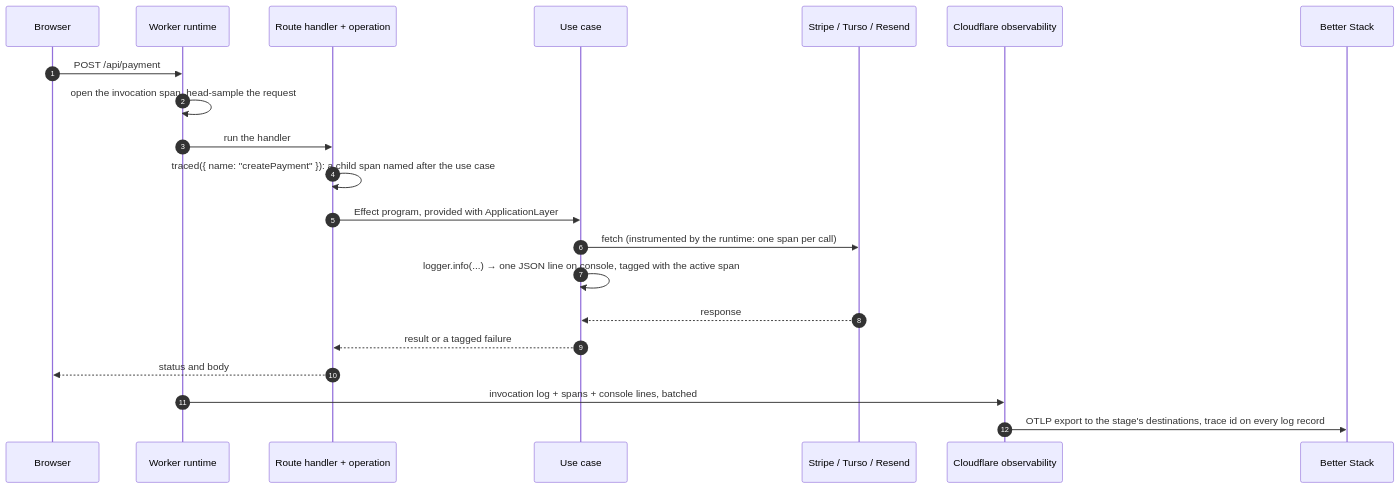
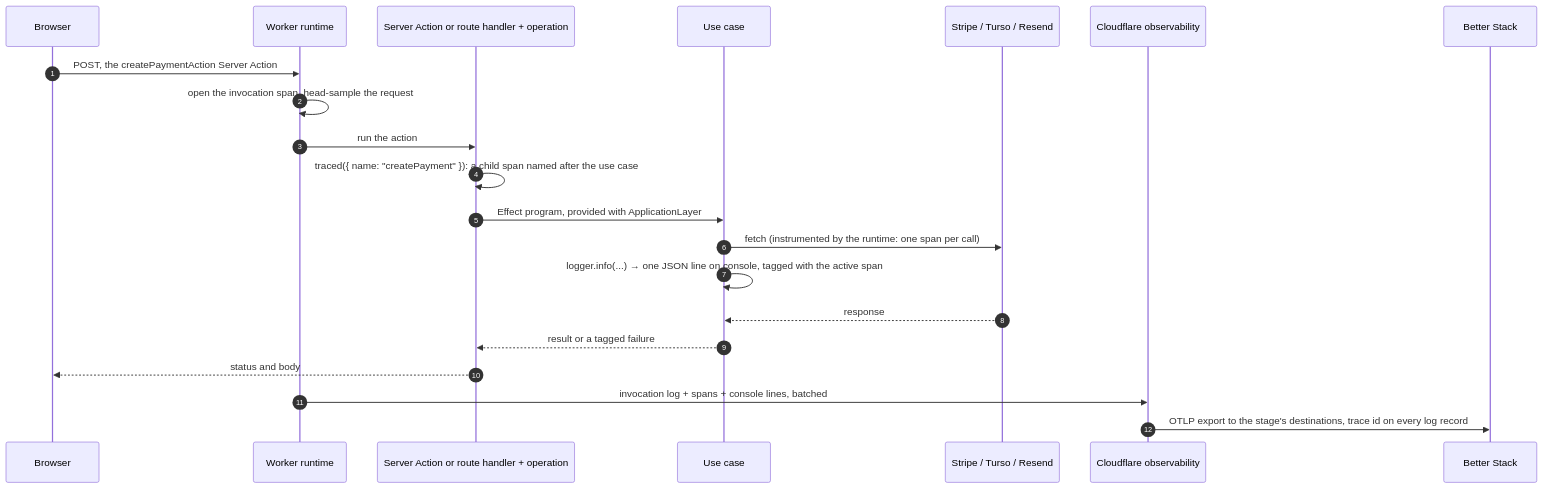
One commit to fbuireu/forever-pto changed the second of 2 diagrams in apps/docs/src/content/docs/how-it-works/observability.mdx. Above: the diagram before and after it, drawn with Mermaid. The commit also changed 22 other files, not shown here.

````diff
--- a/apps/docs/src/content/docs/how-it-works/observability.mdx
+++ b/apps/docs/src/content/docs/how-it-works/observability.mdx
@@ -39,28 +39,28 @@
 ```mermaid
 ---
 config:
   look: handDrawn
   layout: dagre
 ---
 sequenceDiagram
   autonumber
   participant B as Browser
   participant W as Worker runtime
-  participant R as Route handler + operation
+  participant R as Server Action or route handler + operation
   participant UC as Use case
   participant X as Stripe / Turso / Resend
   participant CF as Cloudflare observability
   participant BS as Better Stack
-  B->>W: POST /api/payment
+  B->>W: POST, the createPaymentAction Server Action
   W->>W: open the invocation span, head-sample the request
-  W->>R: run the handler
+  W->>R: run the action
   R->>R: traced({ name: "createPayment" }): a child span named after the use case
   R->>UC: Effect program, provided with ApplicationLayer
   UC->>X: fetch (instrumented by the runtime: one span per call)
   UC->>UC: logger.info(...) → one JSON line on console, tagged with the active span
   X-->>UC: response
   UC-->>R: result or a tagged failure
   R-->>B: status and body
   W->>CF: invocation log + spans + console lines, batched
   CF->>BS: OTLP export to the stage's destinations, trace id on every log record
 ```
````
